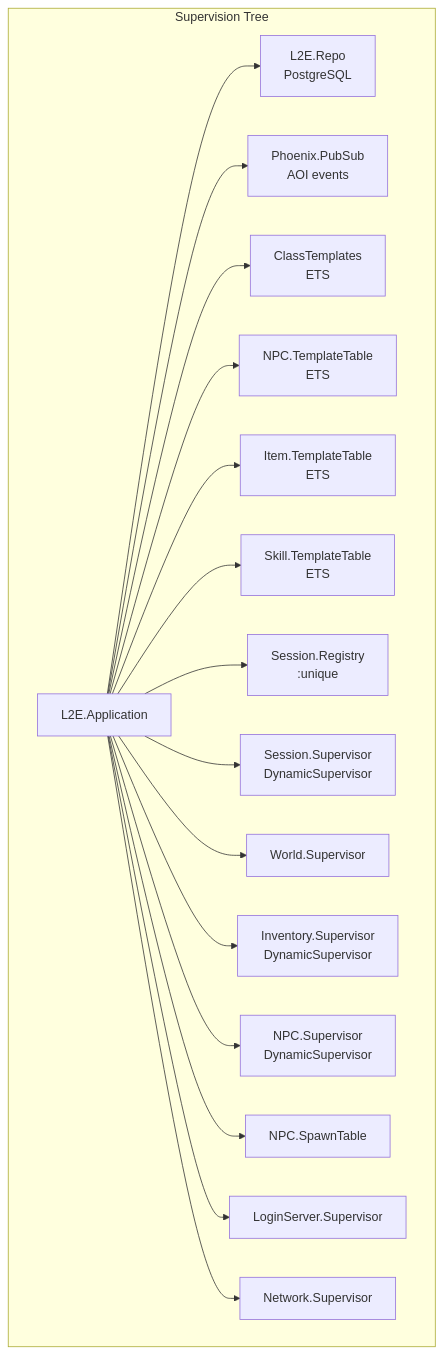
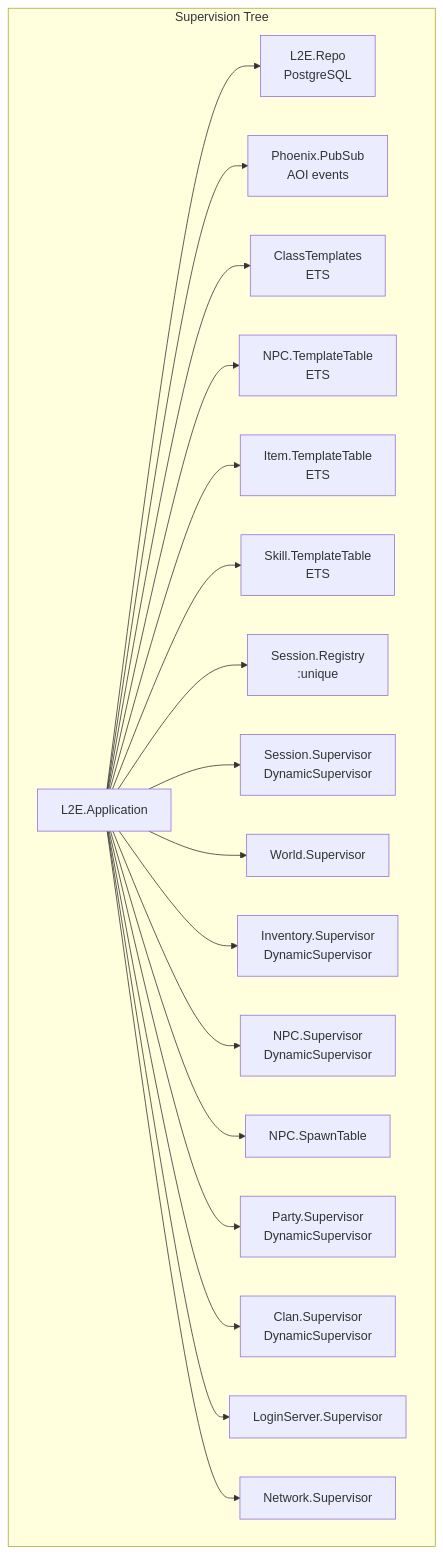
The first of 7 diagrams in README.md (ignaciochemes/L2ex), drawn with Mermaid before and after one commit. The commit also changed other lines of this file and 15 other files, not shown here.

````diff
--- a/README.md
+++ b/README.md
@@ -92,20 +92,22 @@
 ```mermaid
 graph TB
     subgraph "Supervision Tree"
         App[L2E.Application]
         App --> Repo[L2E.Repo<br/>PostgreSQL]
         App --> PubSub[Phoenix.PubSub<br/>AOI events]
         App --> ClassTpl[ClassTemplates<br/>ETS]
         App --> NpcTpl[NPC.TemplateTable<br/>ETS]
         App --> ItemTpl[Item.TemplateTable<br/>ETS]
         App --> SkillTpl[Skill.TemplateTable<br/>ETS]
         App --> SessionReg[Session.Registry<br/>:unique]
         App --> SessionSup[Session.Supervisor<br/>DynamicSupervisor]
         App --> WorldSup[World.Supervisor]
         App --> InvSup[Inventory.Supervisor<br/>DynamicSupervisor]
         App --> NpcSup[NPC.Supervisor<br/>DynamicSupervisor]
         App --> SpawnTbl[NPC.SpawnTable]
+        App --> PartySup[Party.Supervisor<br/>DynamicSupervisor]
+        App --> ClanSup[Clan.Supervisor<br/>DynamicSupervisor]
         App --> LoginSup[LoginServer.Supervisor]
         App --> NetSup[Network.Supervisor]
     end
 ```
````
